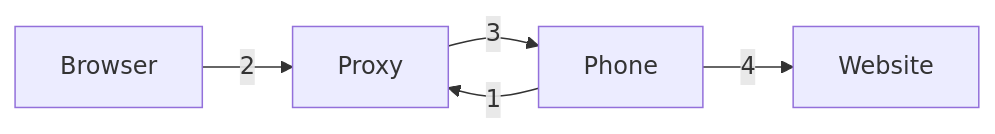
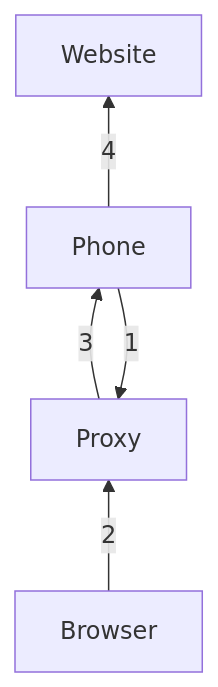
One commit to vgaj/proxy changed the diagram in README.md. Above: the diagram before and after it, drawn with Mermaid.

Commit message:
Description of concept

````diff
--- a/README.md
+++ b/README.md
@@ -9,7 +9,7 @@
 ```mermaid
-flowchart LR
+flowchart BT
     B[Browser] -- 2 --> P[Proxy]
     M[Phone] -- 1 --> P
     P -- 3 --> M
     M -- 4 --> W[Website]
 ```
````
